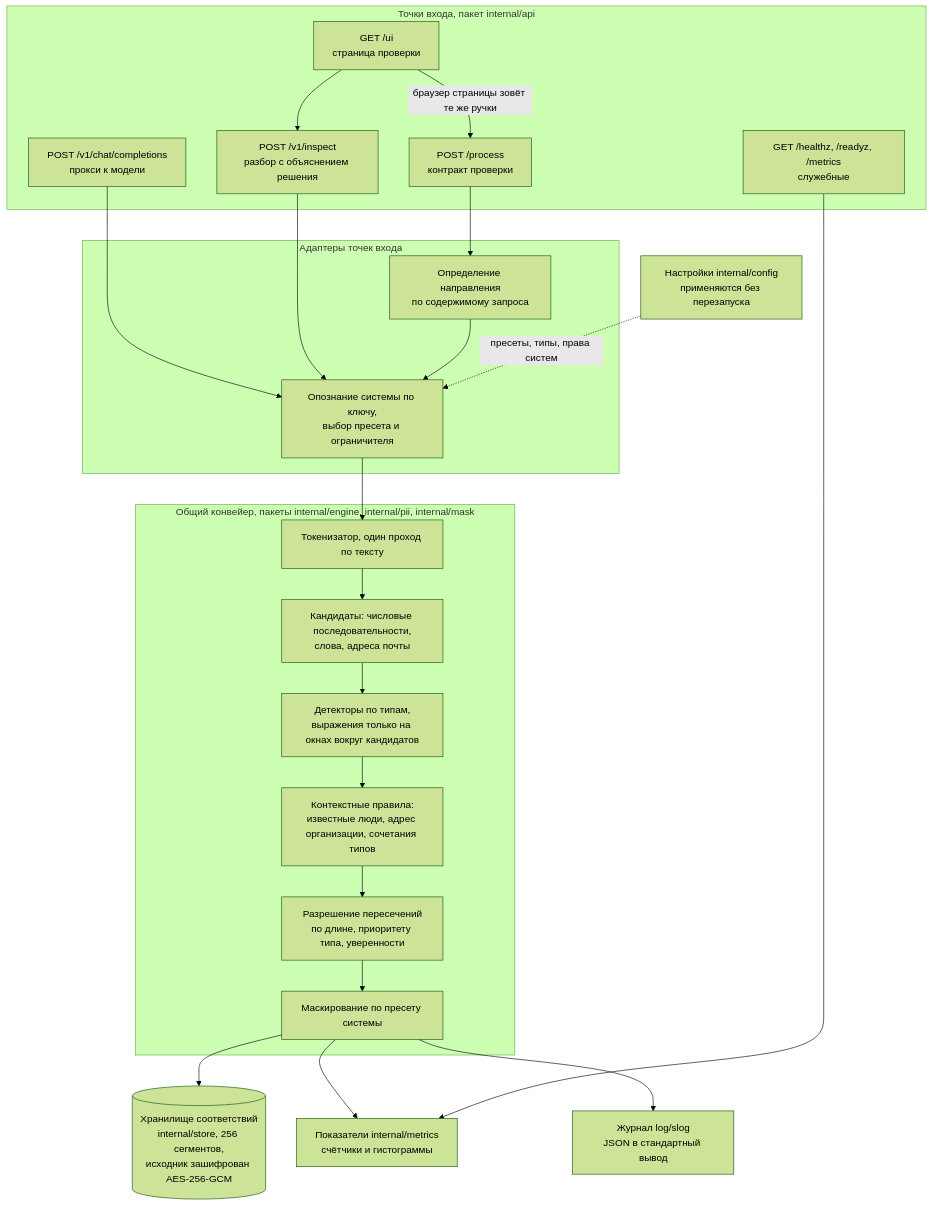
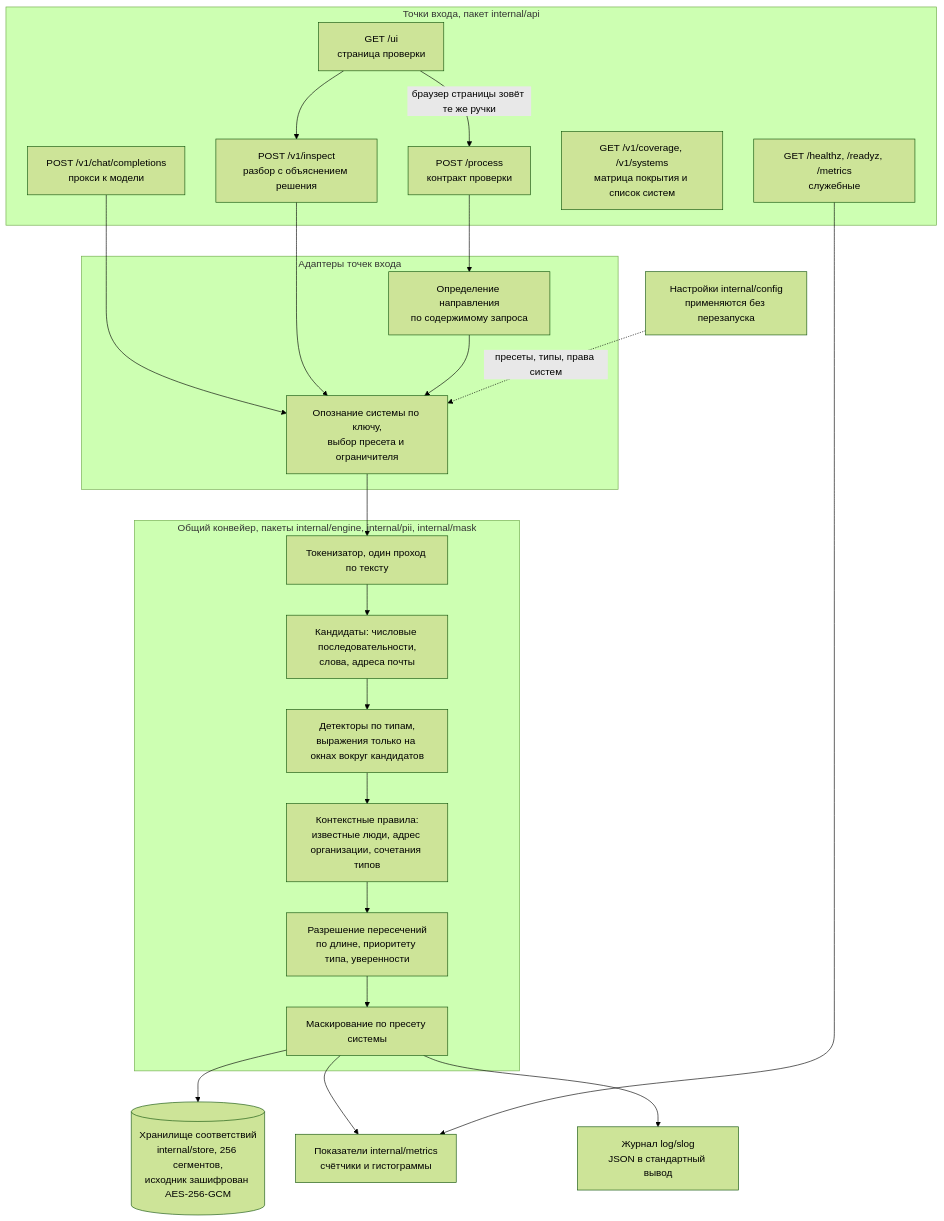
One commit to timur-nagimov/pii-guard changed the third of 7 diagrams in docs/SYSTEM-DESIGN.md. Above: the diagram before and after it, drawn with Mermaid (forest theme). The commit also changed other lines of this file and 1 other file, not shown here.

````diff
--- a/docs/SYSTEM-DESIGN.md
+++ b/docs/SYSTEM-DESIGN.md
@@ -156,43 +156,44 @@
 ```mermaid
 flowchart TB
     subgraph IN["Точки входа, пакет internal/api"]
         P1["POST /process<br/>контракт проверки"]
         P2["POST /v1/chat/completions<br/>прокси к модели"]
         P3["POST /v1/inspect<br/>разбор с объяснением решения"]
         P4["GET /ui<br/>страница проверки"]
-        P5["GET /healthz, /readyz, /metrics<br/>служебные"]
+        P5["GET /v1/coverage, /v1/systems<br/>матрица покрытия и список систем"]
+        P6["GET /healthz, /readyz, /metrics<br/>служебные"]
     end
 
     subgraph ADAPT["Адаптеры точек входа"]
         A1["Опознание системы по ключу,<br/>выбор пресета и ограничителя"]
         A2["Определение направления<br/>по содержимому запроса"]
     end
 
     subgraph CORE["Общий конвейер, пакеты internal/engine, internal/pii, internal/mask"]
         T1["Токенизатор, один проход по тексту"]
         T2["Кандидаты: числовые последовательности,<br/>слова, адреса почты"]
         T3["Детекторы по типам,<br/>выражения только на окнах вокруг кандидатов"]
         T4["Контекстные правила:<br/>известные люди, адрес организации, сочетания типов"]
         T5["Разрешение пересечений<br/>по длине, приоритету типа, уверенности"]
         T6["Маскирование по пресету системы"]
     end
 
     ST[("Хранилище соответствий<br/>internal/store, 256 сегментов,<br/>исходник зашифрован AES-256-GCM")]
     MET["Показатели internal/metrics<br/>счётчики и гистограммы"]
     LOG["Журнал log/slog<br/>JSON в стандартный вывод"]
     CFG["Настройки internal/config<br/>применяются без перезапуска"]
 
     P1 --> A2
     P2 --> A1
     P3 --> A1
     P4 -->|"браузер страницы зовёт те же ручки"| P1
     P4 --> P3
     A2 --> A1
     A1 --> T1
     T1 --> T2 --> T3 --> T4 --> T5 --> T6
     T6 --> ST
     T6 --> MET
     T6 --> LOG
     CFG -.->|"пресеты, типы, права систем"| A1
-    P5 --> MET
+    P6 --> MET
 ```
````
